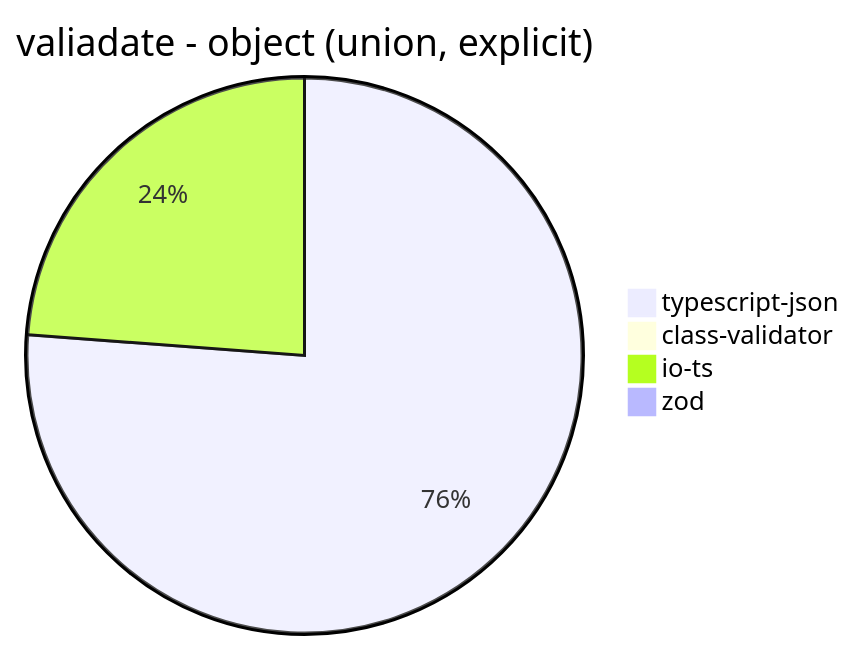
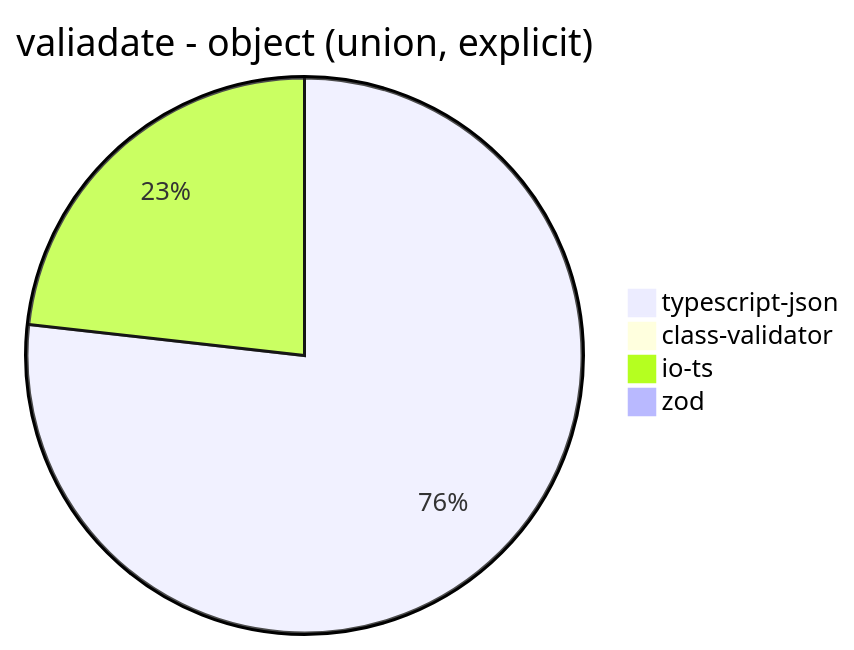
Before and after one commit to samchon/typia: diagram 11 of 32 in benchmark/results/AMD Ryzen 7 5800H with Radeon Graphics.md, drawn with Mermaid. The commit also changed other lines of this file and 7 other files, not shown here.

````diff
--- a/benchmark/results/AMD Ryzen 7 5800H with Radeon Graphics.md
+++ b/benchmark/results/AMD Ryzen 7 5800H with Radeon Graphics.md
@@ -136,7 +136,7 @@
 ```mermaid
 pie title valiadate - object (union, explicit)
-  "typescript-json": 3883.5341365461845
-  "class-validator": 0
-  "io-ts": 1213.1057268722466
-  "zod": 34.28358487050494
+  "typescript-json": 4059.1877617920236
+  "class-validator": 16.802067946824224
+  "io-ts": 1227.5774596847255
+  "zod": 35.360149672591206
 ```
````
